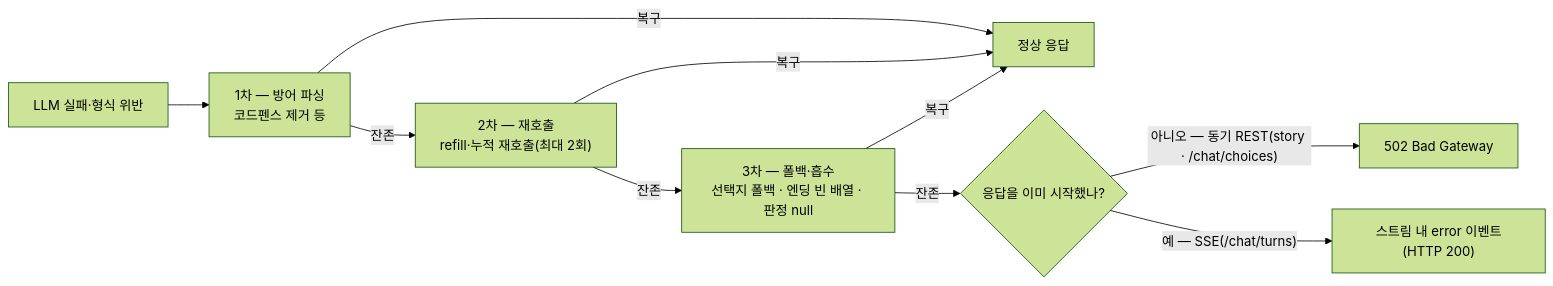
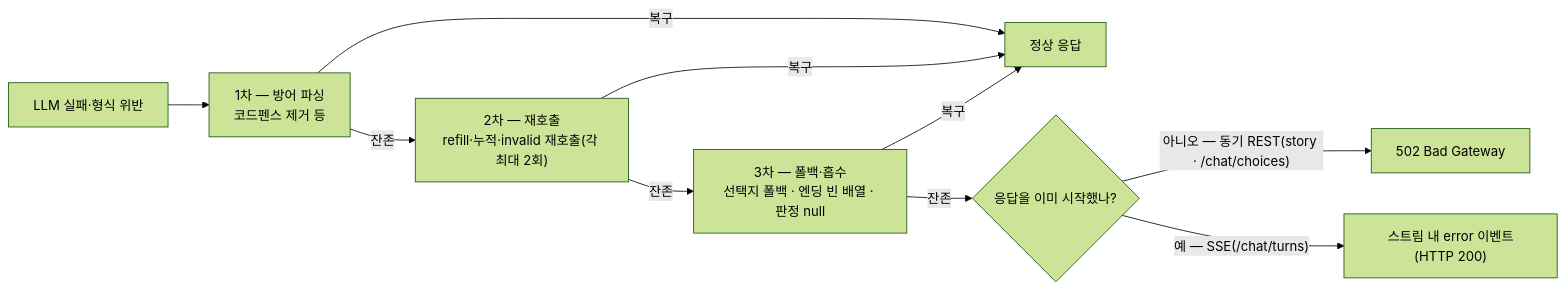
One commit to KIM-N-KANG/knk-harness changed the eighth of 8 diagrams in docs/product-specs/5-ai-server.md. Above: the diagram before and after it, drawn with Mermaid (forest theme). The commit also changed other lines of this file, not shown here.

First line of the commit message:
[KNK-679] Docs: 스토리라인 invalid 재호출(KNK-312) AI 서버 스펙 동기화 (#68)

````diff
--- a/docs/product-specs/5-ai-server.md
+++ b/docs/product-specs/5-ai-server.md
@@ -709,12 +709,12 @@
 ```mermaid
 graph LR
     Fail[LLM 실패·형식 위반] --> L1["1차 — 방어 파싱<br/>코드펜스 제거 등"]
     L1 -->|복구| OK[정상 응답]
-    L1 -->|잔존| L2["2차 — 재호출<br/>refill·누적 재호출(최대 2회)"]
+    L1 -->|잔존| L2["2차 — 재호출<br/>refill·누적·invalid 재호출(각 최대 2회)"]
     L2 -->|복구| OK
     L2 -->|잔존| L3["3차 — 폴백·흡수<br/>선택지 폴백 · 엔딩 빈 배열 · 판정 null"]
     L3 -->|복구| OK
     L3 -->|잔존| Split{응답을 이미 시작했나?}
     Split -->|"아니오 — 동기 REST(story · /chat/choices)"| S502["502 Bad Gateway"]
     Split -->|"예 — SSE(/chat/turns)"| Err["스트림 내 error 이벤트(HTTP 200)"]
 ```
````
